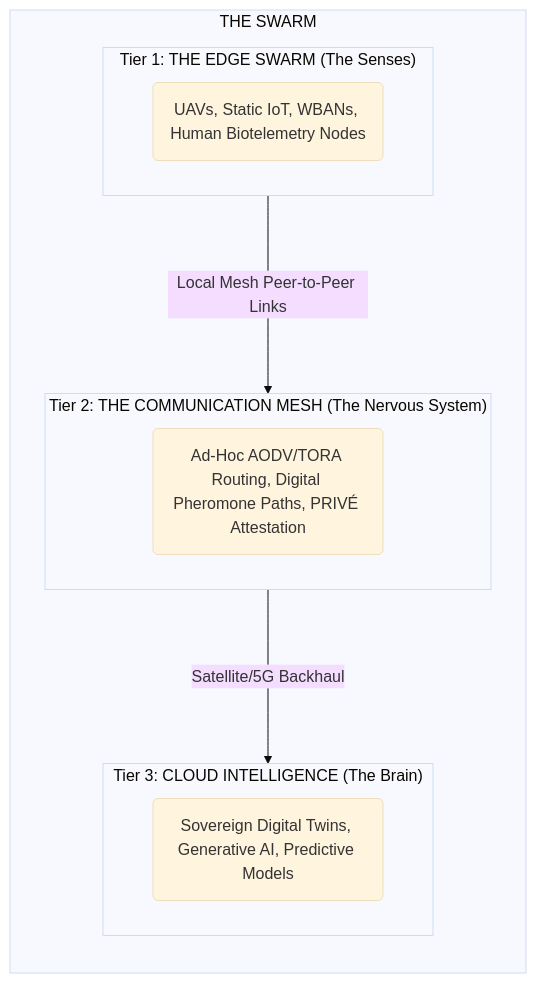
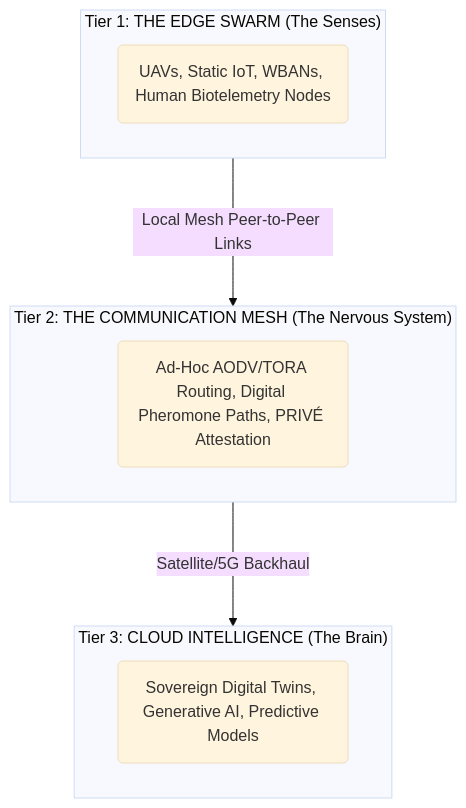
The first of 2 diagrams in docs/biodigital-convergence/swarm-tech.md (theofficialurban/odyssey-docs), drawn with Mermaid (base theme) before and after one commit. The commit also changed other lines of this file and 1 other file, not shown here.

````diff
--- a/docs/biodigital-convergence/swarm-tech.md
+++ b/docs/biodigital-convergence/swarm-tech.md
@@ -373,16 +373,13 @@
 ```mermaid
 graph TB
-  subgraph master["THE SWARM"]
-    direction TB
     subgraph t1["Tier 1: THE EDGE SWARM (The Senses)"]
       t11("UAVs, Static IoT, WBANs, Human Biotelemetry Nodes")
     end
     subgraph t2["Tier 2: THE COMMUNICATION MESH (The Nervous System)"]
       t21("Ad-Hoc AODV/TORA Routing, Digital Pheromone Paths, PRIVÉ Attestation")
     end
     subgraph t3["Tier 3: CLOUD INTELLIGENCE (The Brain)"]
       t31("Sovereign Digital Twins, Generative AI, Predictive Models")
     end
     t1 ---> |Local Mesh Peer-to-Peer Links| t2 ---> |Satellite/5G Backhaul| t3
-  end
 ```
````
